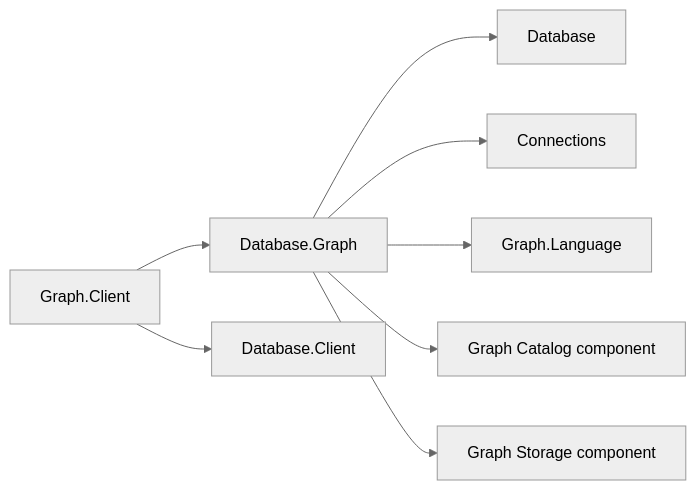
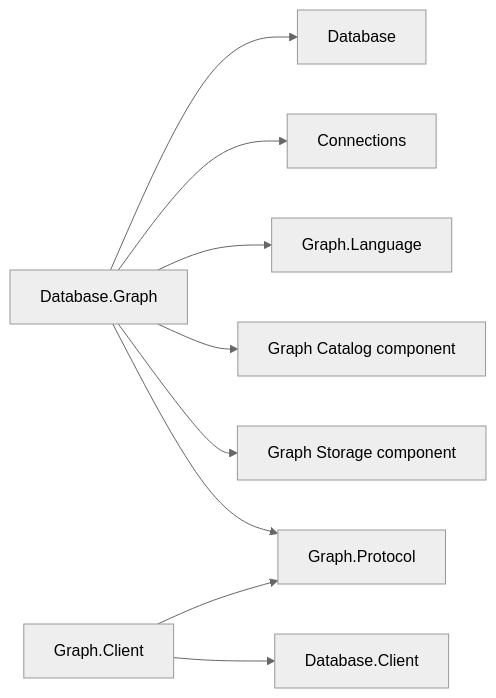
Before and after one commit to assimalign/cohesion: the first of 7 diagrams in resources/Database/Assimalign.Cohesion.Database.Graph/docs/DESIGN.md, drawn with Mermaid (neutral theme). The commit also changed other lines of this file and 13 other files, not shown here.

Commit message:
chore(database): wire Database protocol projects

````diff
--- a/resources/Database/Assimalign.Cohesion.Database.Graph/docs/DESIGN.md
+++ b/resources/Database/Assimalign.Cohesion.Database.Graph/docs/DESIGN.md
@@ -48,10 +48,11 @@
 ```mermaid
 flowchart LR
     Engine["Database.Graph"] --> Root["Database"]
     Engine --> Connections["Connections"]
     Engine --> Language["Graph.Language"]
     Engine --> Catalog["Graph Catalog component"]
     Engine --> Storage["Graph Storage component"]
-    Client["Graph.Client"] --> Engine
+    Client["Graph.Client"] --> Wire["Graph.Protocol"]
+    Engine --> Wire
     Client --> SharedClient["Database.Client"]
 ```
````
